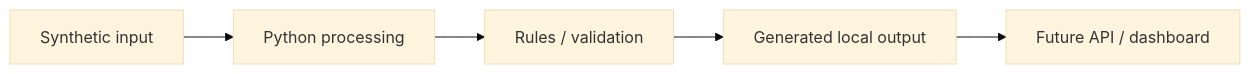
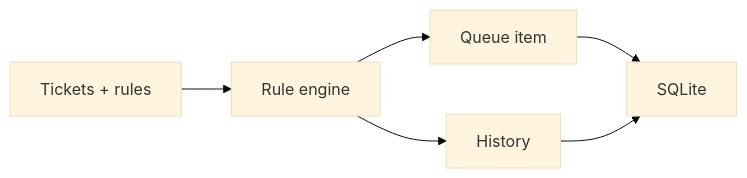
One commit to guilherme-lacerda-tech/python-support-automation-simulator changed the diagram in README.md. Above: the diagram before and after it, drawn with Mermaid (base theme). The commit also changed other lines of this file and 9 other files, not shown here.

````diff
--- a/README.md
+++ b/README.md
@@ -27,7 +21,8 @@
-    ```mermaid
-    flowchart LR
-        A["Synthetic input"] --> B["Python processing"]
-        B --> C["Rules / validation"]
-        C --> D["Generated local output"]
-        D --> E["Future API / dashboard"]
-    ```
+```mermaid
+flowchart LR
+    A["Tickets + rules"] --> B["Rule engine"]
+    B --> C["Queue item"]
+    B --> D["History"]
+    C --> E["SQLite"]
+    D --> E
+```
````
